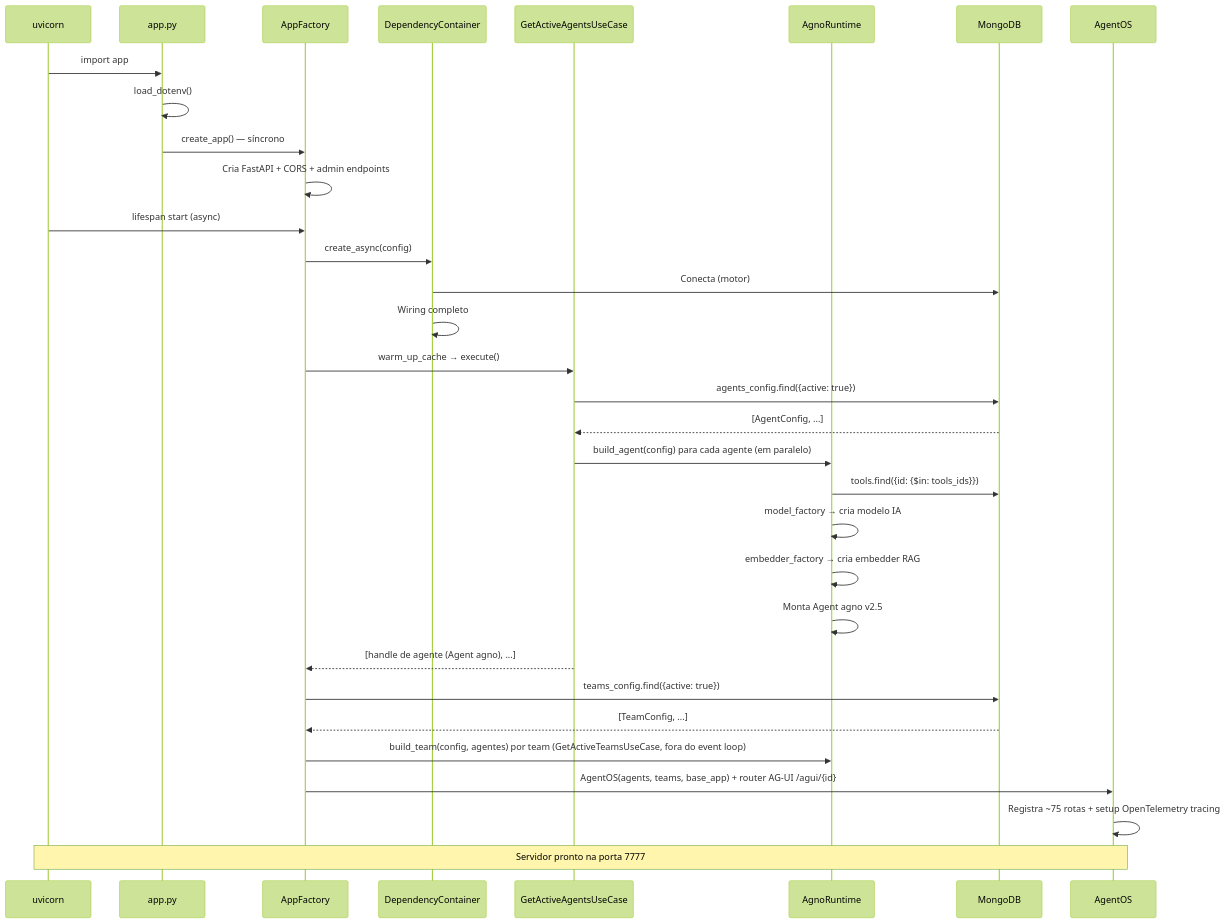
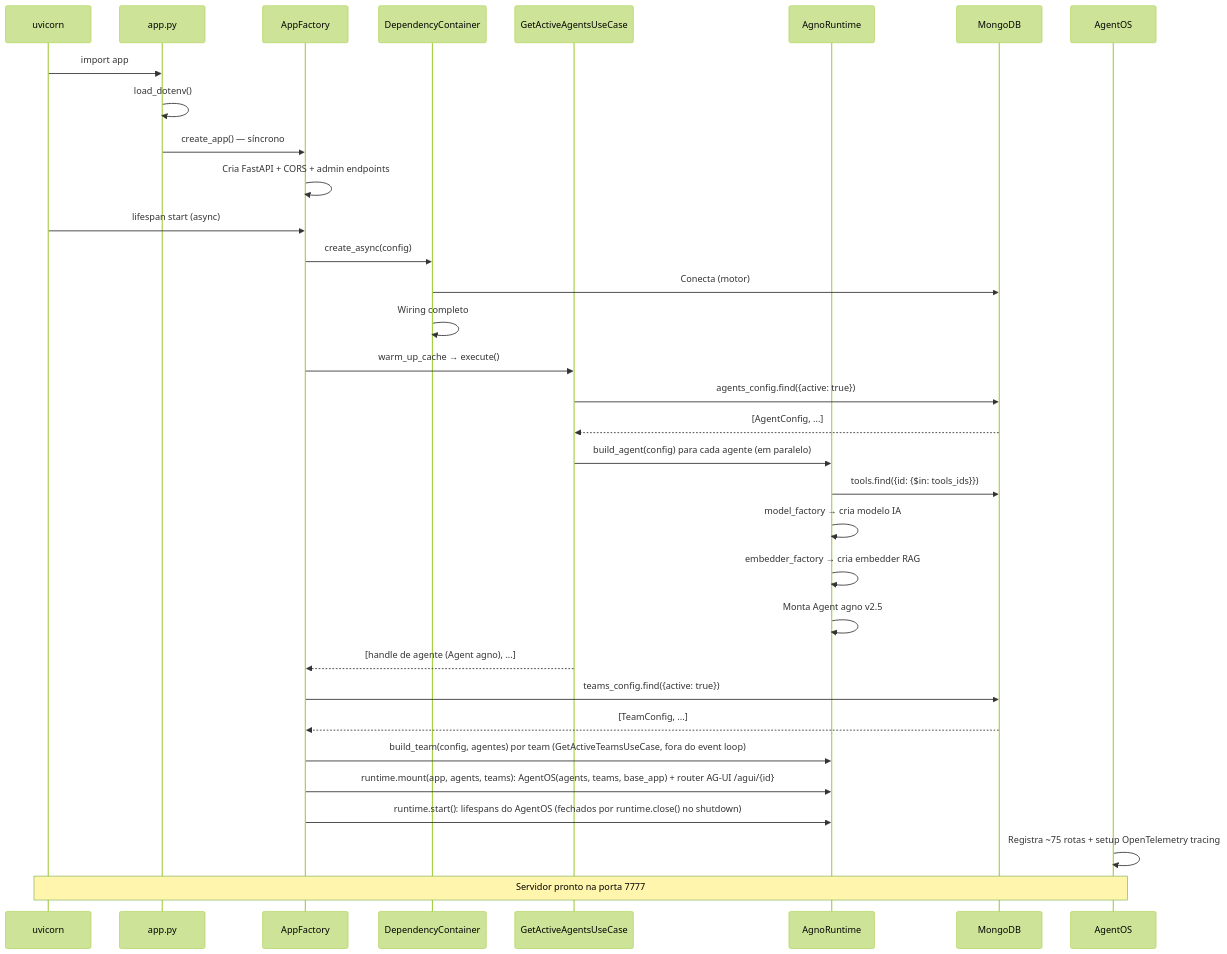
One commit to Mosfet04/orquestradorIAPythonArgo changed the second of 5 diagrams in README.pt-br.md. Above: the diagram before and after it, drawn with Mermaid (forest theme). The commit also changed other lines of this file and 40 other files, not shown here.

First line of the commit message:
refactor(runtime): ciclo de vida do AgentOS no AgnoRuntime [F2-05]

````diff
--- a/README.pt-br.md
+++ b/README.pt-br.md
@@ -385,35 +385,36 @@
 ```mermaid
 sequenceDiagram
     participant U as uvicorn
     participant A as app.py
     participant F as AppFactory
     participant DI as DependencyContainer
     participant UC as GetActiveAgentsUseCase
     participant AF as AgnoRuntime
     participant MDB as MongoDB
     participant OS as AgentOS
 
     U->>A: import app
     A->>A: load_dotenv()
     A->>F: create_app() — síncrono
     F->>F: Cria FastAPI + CORS + admin endpoints
     U->>F: lifespan start (async)
     F->>DI: create_async(config)
     DI->>MDB: Conecta (motor)
     DI->>DI: Wiring completo
     F->>UC: warm_up_cache → execute()
     UC->>MDB: agents_config.find({active: true})
     MDB-->>UC: [AgentConfig, ...]
     UC->>AF: build_agent(config) para cada agente (em paralelo)
     AF->>MDB: tools.find({id: {$in: tools_ids}})
     AF->>AF: model_factory → cria modelo IA
     AF->>AF: embedder_factory → cria embedder RAG
     AF->>AF: Monta Agent agno v2.5
     UC-->>F: [handle de agente (Agent agno), ...]
     F->>MDB: teams_config.find({active: true})
     MDB-->>F: [TeamConfig, ...]
     F->>AF: build_team(config, agentes) por team (GetActiveTeamsUseCase, fora do event loop)
-    F->>OS: AgentOS(agents, teams, base_app) + router AG-UI /agui/{id}
+    F->>AF: runtime.mount(app, agents, teams): AgentOS(agents, teams, base_app) + router AG-UI /agui/{id}
+    F->>AF: runtime.start(): lifespans do AgentOS (fechados por runtime.close() no shutdown)
     OS->>OS: Registra ~75 rotas + setup OpenTelemetry tracing
     Note over U,OS: Servidor pronto na porta 7777
 ```
````
